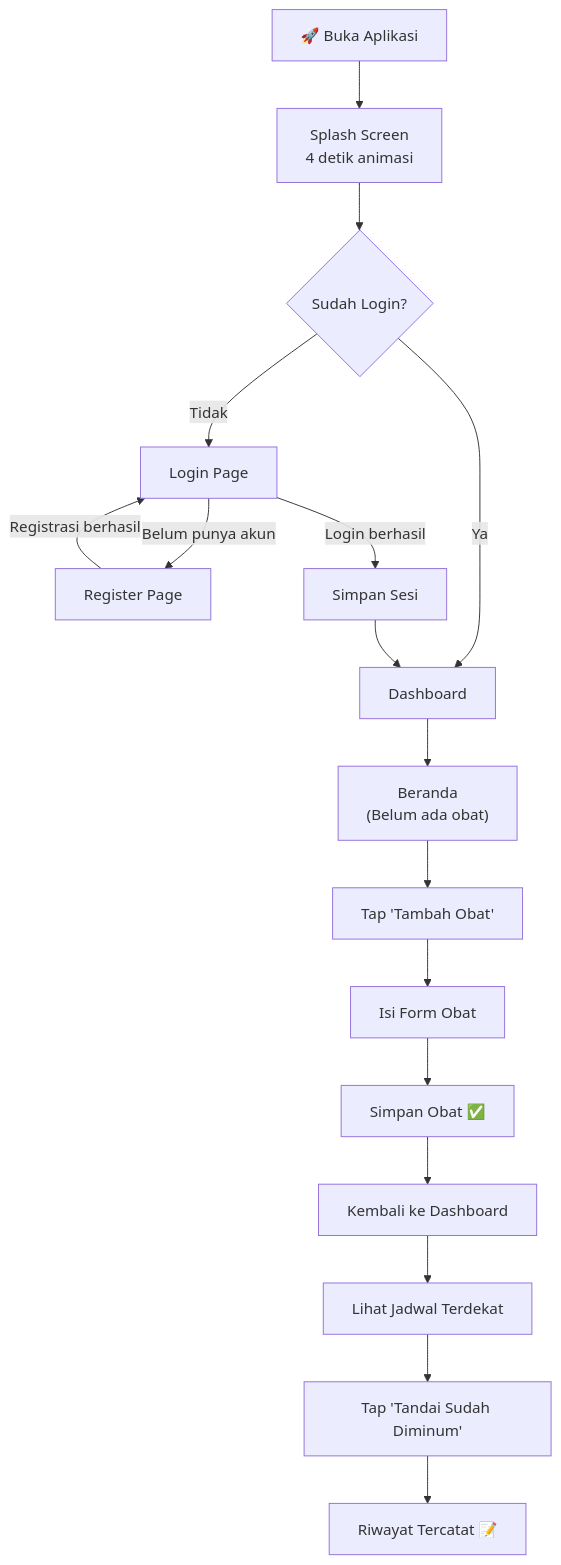
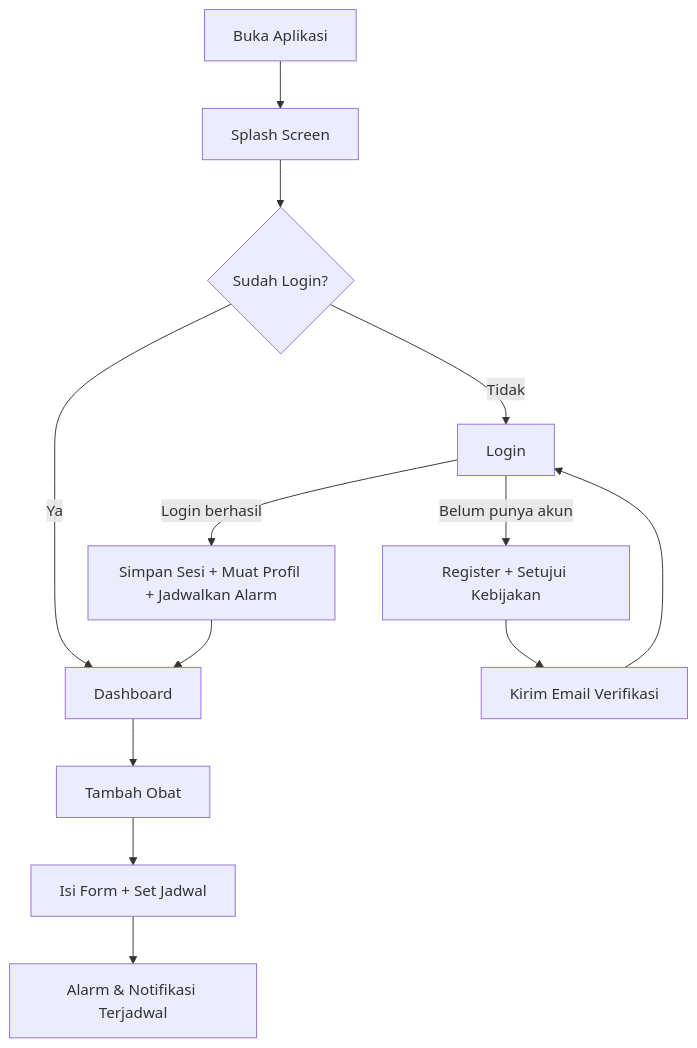
One commit to Aryo820/jagadosis changed the fifth of 6 diagrams in prd.md. Above: the diagram before and after it, drawn with Mermaid. The commit also changed other lines of this file, not shown here.

````diff
--- a/prd.md
+++ b/prd.md
@@ -514,19 +500,15 @@
 ```mermaid
 flowchart TD
-    A["🚀 Buka Aplikasi"] --> B["Splash Screen<br/>4 detik animasi"]
+    A["Buka Aplikasi"] --> B["Splash Screen"]
     B --> C{"Sudah Login?"}
     C -->|Ya| G["Dashboard"]
-    C -->|Tidak| D["Login Page"]
-    D -->|Belum punya akun| E["Register Page"]
-    E -->|Registrasi berhasil| D
-    D -->|Login berhasil| F["Simpan Sesi"]
+    C -->|Tidak| D["Login"]
+    D -->|Belum punya akun| E["Register + Setujui Kebijakan"]
+    E --> V["Kirim Email Verifikasi"]
+    V --> D
+    D -->|Login berhasil| F["Simpan Sesi + Muat Profil + Jadwalkan Alarm"]
     F --> G
-    G --> H["Beranda<br/>(Belum ada obat)"]
-    H --> I["Tap 'Tambah Obat'"]
-    I --> J["Isi Form Obat"]
-    J --> K["Simpan Obat ✅"]
-    K --> L["Kembali ke Dashboard"]
-    L --> M["Lihat Jadwal Terdekat"]
-    M --> N["Tap 'Tandai Sudah Diminum'"]
-    N --> O["Riwayat Tercatat 📝"]
+    G --> H["Tambah Obat"]
+    H --> I["Isi Form + Set Jadwal"]
+    I --> J["Alarm & Notifikasi Terjadwal"]
 ```
````
